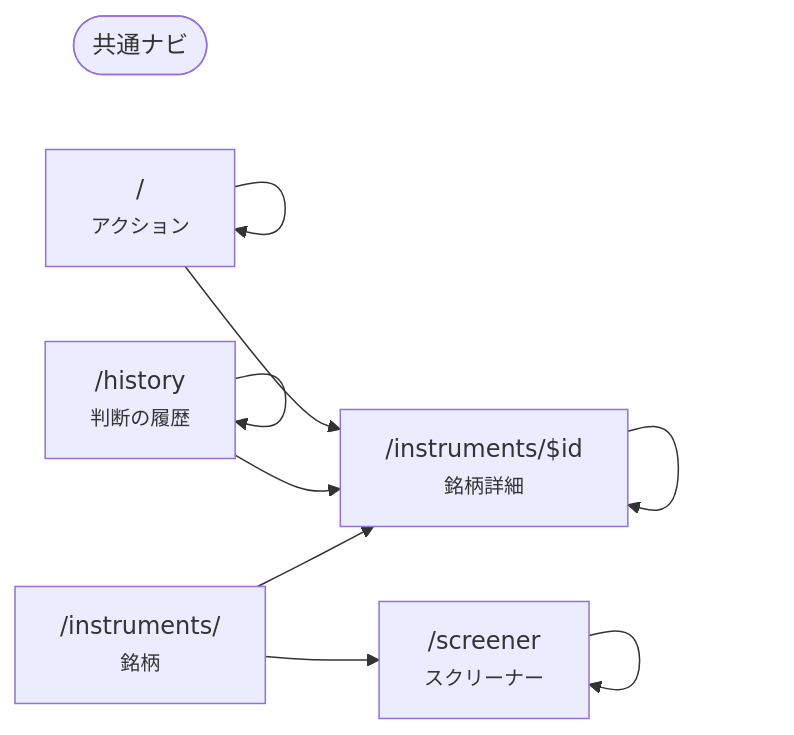
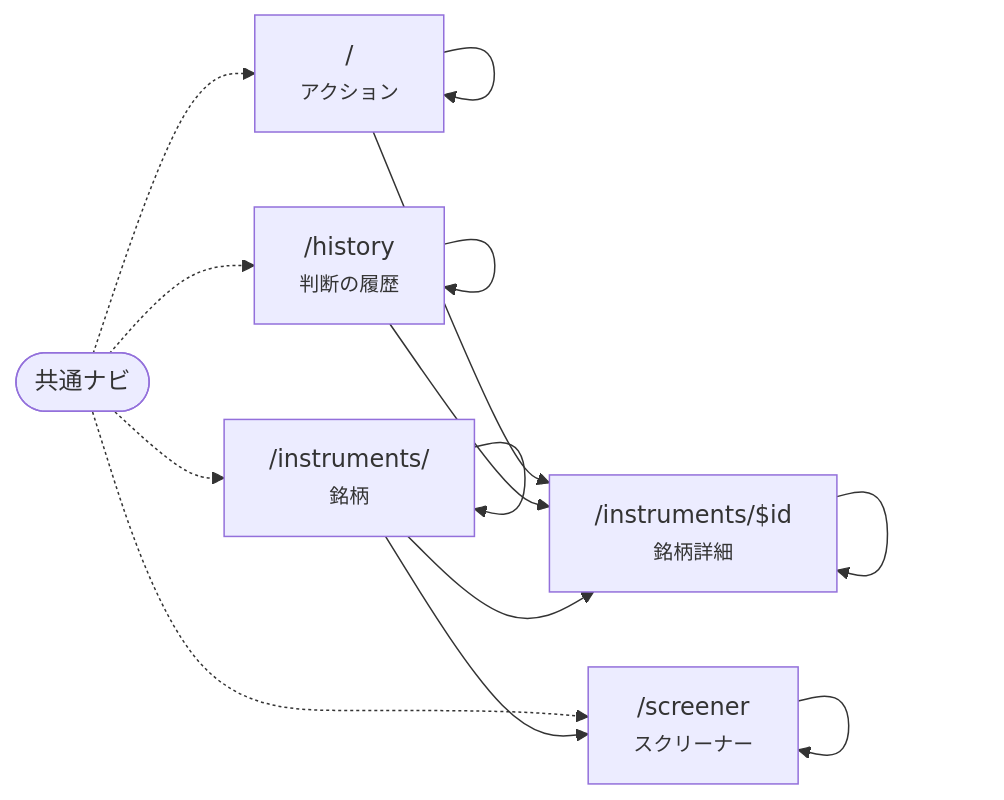
The diagram in docs/screens.md (itinao/trading-tools), drawn with Mermaid before and after one commit. The commit also changed other lines of this file and 4 other files, not shown here.

````diff
--- a/docs/screens.md
+++ b/docs/screens.md
@@ -18,17 +18,22 @@
 ```mermaid
 flowchart LR
     NAV(["共通ナビ"])
     R_["/<br><small>アクション</small>"]
     R_history["/history<br><small>判断の履歴</small>"]
     R_instruments_["/instruments/<br><small>銘柄</small>"]
     R_instruments__id["/instruments/$id<br><small>銘柄詳細</small>"]
     R_screener["/screener<br><small>スクリーナー</small>"]
+    NAV -.-> R_
+    NAV -.-> R_history
+    NAV -.-> R_instruments_
+    NAV -.-> R_screener
     R_ --> R_
     R_ --> R_instruments__id
     R_history --> R_history
     R_history --> R_instruments__id
+    R_instruments_ --> R_instruments_
     R_instruments_ --> R_instruments__id
     R_instruments_ --> R_screener
     R_instruments__id --> R_instruments__id
     R_screener --> R_screener
 ```
````
